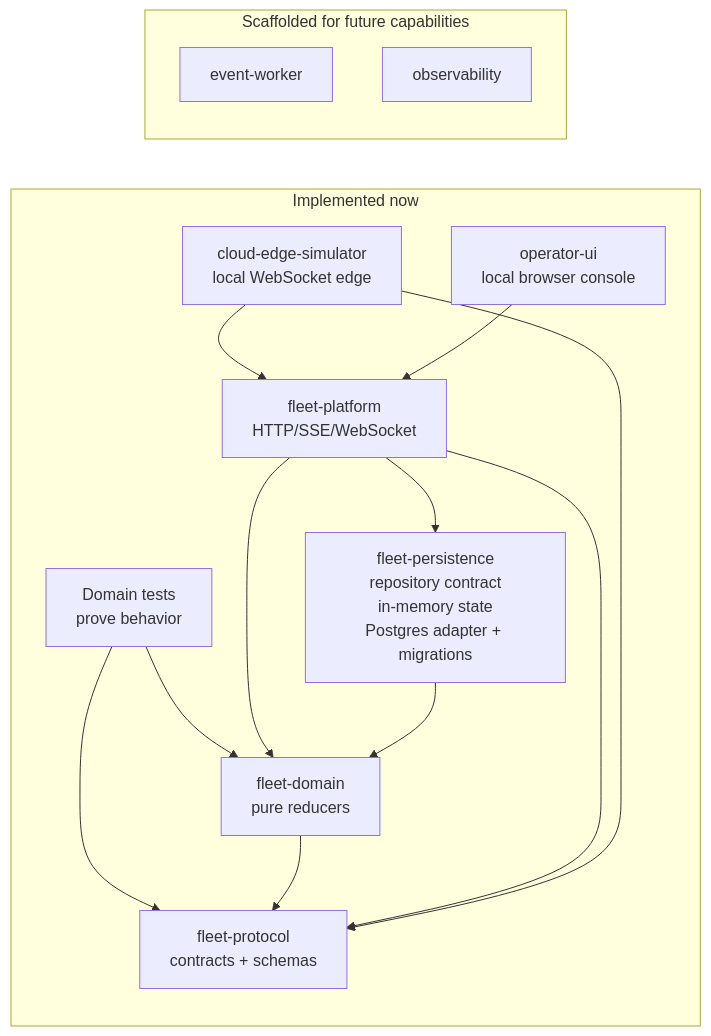
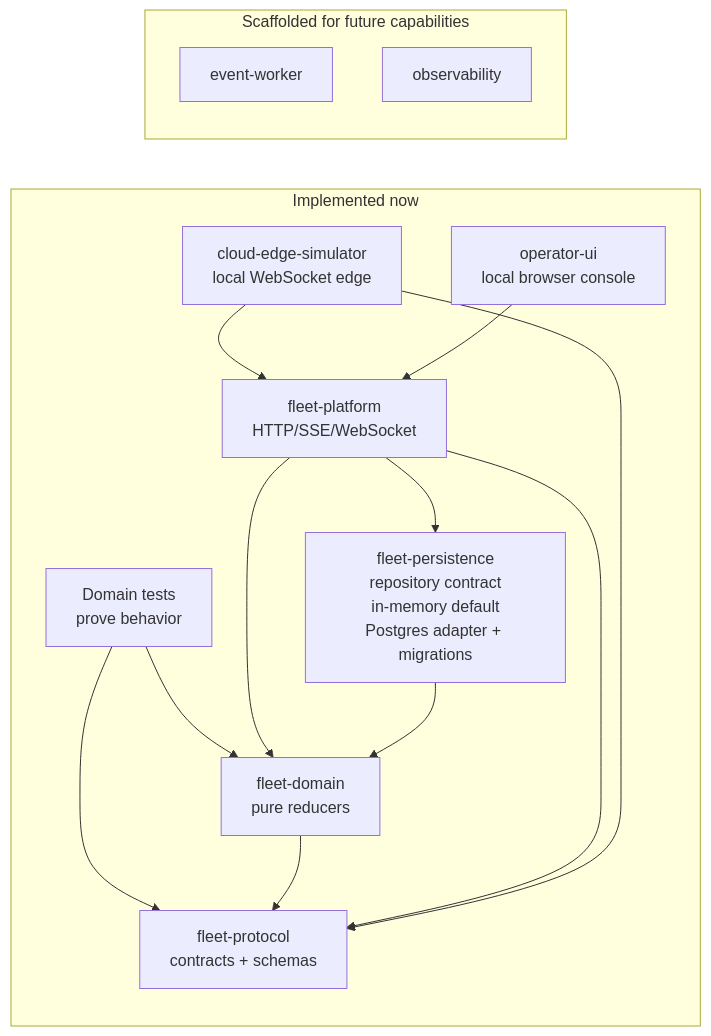
The first of 4 diagrams in docs/architecture/current-architecture.md (reinhard-z/RoboOps-Control-Plane), drawn with Mermaid before and after one commit. The commit also changed other lines of this file and 10 other files, not shown here.

Commit message:
Add opt-in Postgres persistence for fleet platform runtime

````diff
--- a/docs/architecture/current-architecture.md
+++ b/docs/architecture/current-architecture.md
@@ -37,27 +38,27 @@
 ```mermaid
 flowchart LR
   subgraph Implemented["Implemented now"]
     Tests["Domain tests<br/>prove behavior"]
     Domain["fleet-domain<br/>pure reducers"]
     Protocol["fleet-protocol<br/>contracts + schemas"]
     Api["fleet-platform<br/>HTTP/SSE/WebSocket"]
-    Persistence["fleet-persistence<br/>repository contract<br/>in-memory state<br/>Postgres adapter + migrations"]
+    Persistence["fleet-persistence<br/>repository contract<br/>in-memory default<br/>Postgres adapter + migrations"]
     Simulator["cloud-edge-simulator<br/>local WebSocket edge"]
     UI["operator-ui<br/>local browser console"]
     Tests --> Domain
     Tests --> Protocol
     Domain --> Protocol
     Api --> Persistence
     Api --> Domain
     Persistence --> Domain
     Api --> Protocol
     Simulator --> Protocol
     Simulator --> Api
     UI --> Api
   end
 
   subgraph Placeholders["Scaffolded for future capabilities"]
     Worker["event-worker"]
     Observability["observability"]
   end
 ```
````
